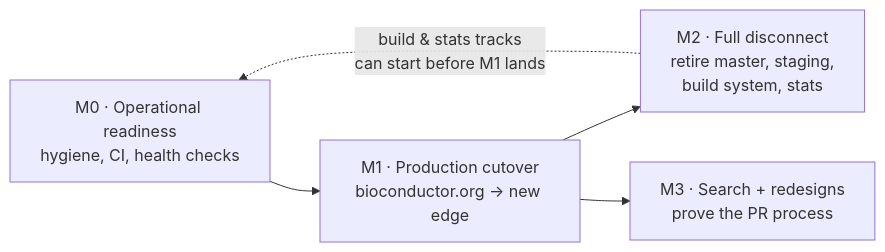
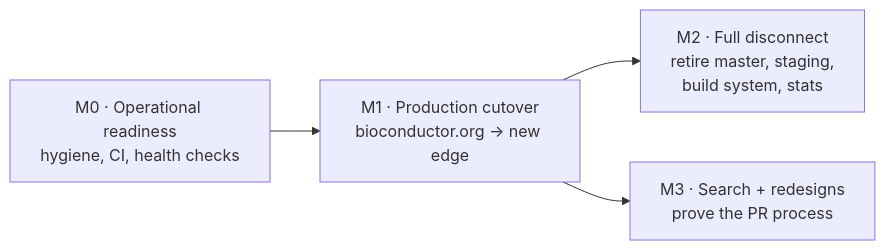
The diagram in roadmap.qmd (seandavi/bioc-infrastructure), drawn with Mermaid before and after one commit. The commit also changed other lines of this file and 8 other files, not shown here.

````diff
--- a/roadmap.qmd
+++ b/roadmap.qmd
@@ -11,7 +11,6 @@
 ```{mermaid}
 flowchart LR
   M0["M0 · Operational readiness<br/>hygiene, CI, health checks"] --> M1["M1 · Production cutover<br/>bioconductor.org → new edge"]
   M1 --> M2["M2 · Full disconnect<br/>retire master, staging,<br/>build system, stats"]
   M1 --> M3["M3 · Search + redesigns<br/>prove the PR process"]
-  M2 -.->|"build & stats tracks<br/>can start before M1 lands"| M0
 ```
````
